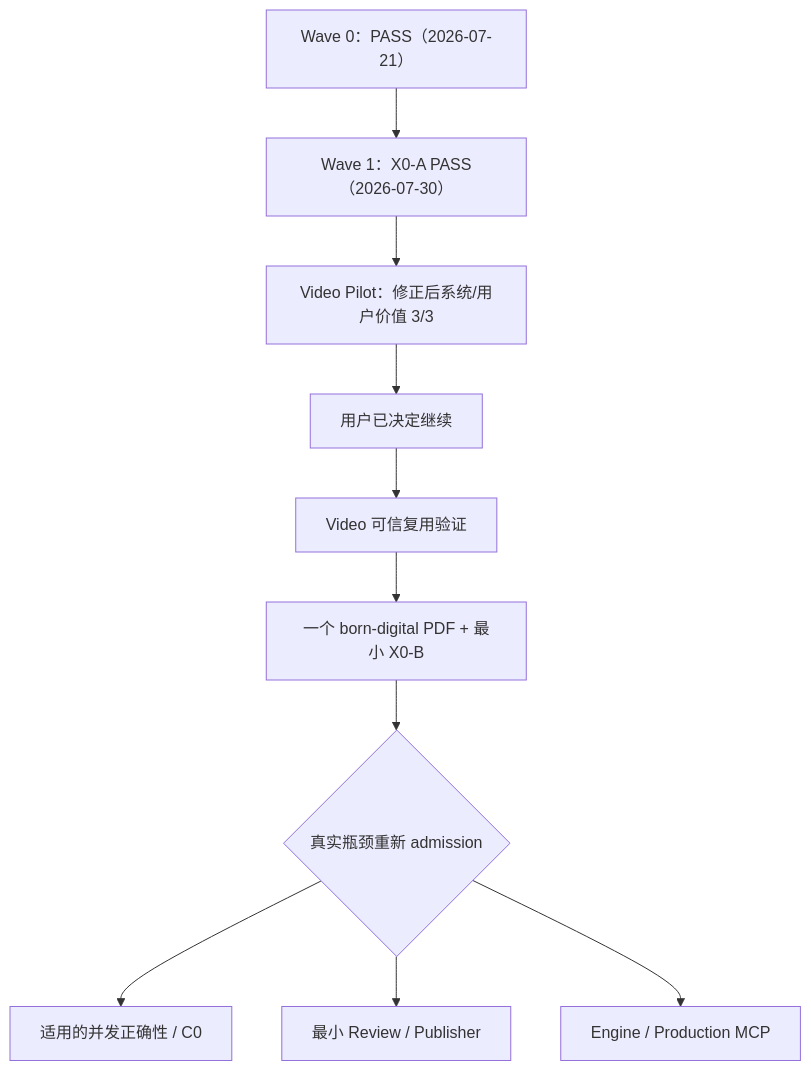
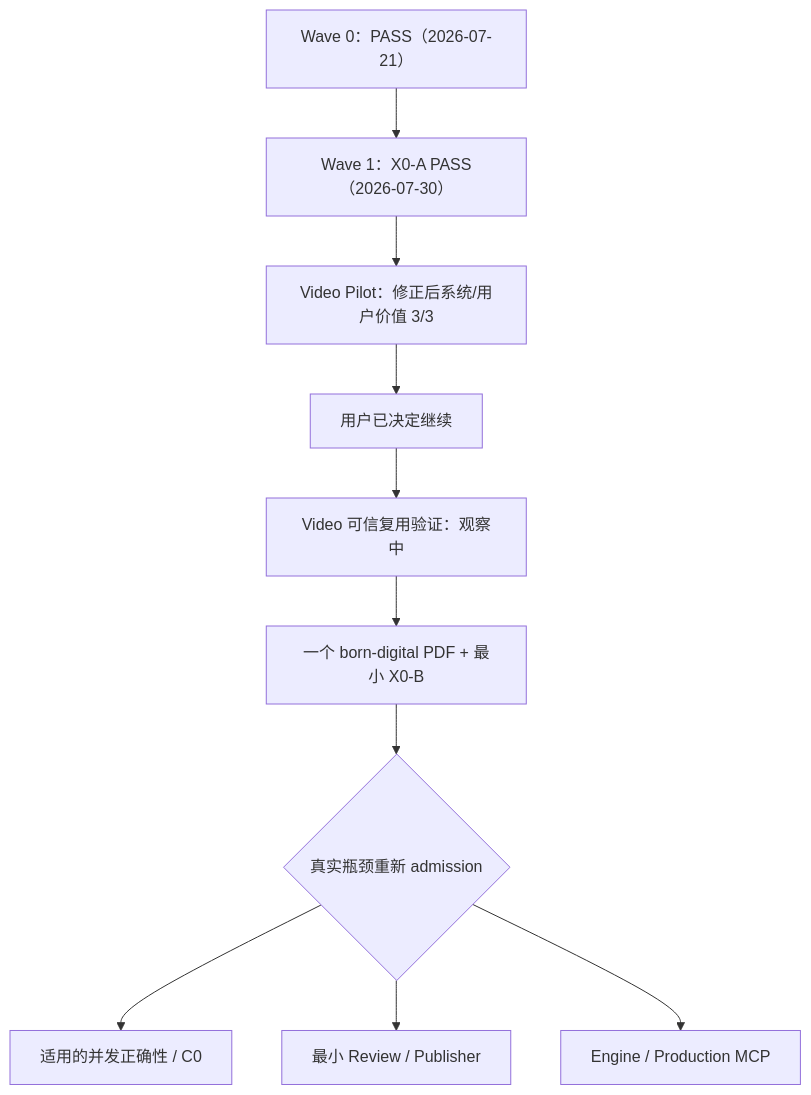
The diagram in docs/tasks/alltonote-master-tasks.md (xrunmasterx/AllToNote), drawn with Mermaid before and after one commit. The commit also changed other lines of this file and 6 other files, not shown here.

````diff
--- a/docs/tasks/alltonote-master-tasks.md
+++ b/docs/tasks/alltonote-master-tasks.md
@@ -740,12 +754,12 @@
 ```mermaid
 flowchart TD
     W0["Wave 0：PASS（2026-07-21）"] --> X0A["Wave 1：X0-A PASS（2026-07-30）"]
     X0A --> VD["Video Pilot：修正后系统/用户价值 3/3"]
     VD --> DEC["用户已决定继续"]
-    DEC --> VR["Video 可信复用验证"]
+    DEC --> VR["Video 可信复用验证：观察中"]
     VR --> PDF["一个 born-digital PDF + 最小 X0-B"]
     PDF --> ADMIT{"真实瓶颈重新 admission"}
     ADMIT --> C0["适用的并发正确性 / C0"]
     ADMIT --> ARP["最小 Review / Publisher"]
     ADMIT --> EN["Engine / Production MCP"]
 ```
````
